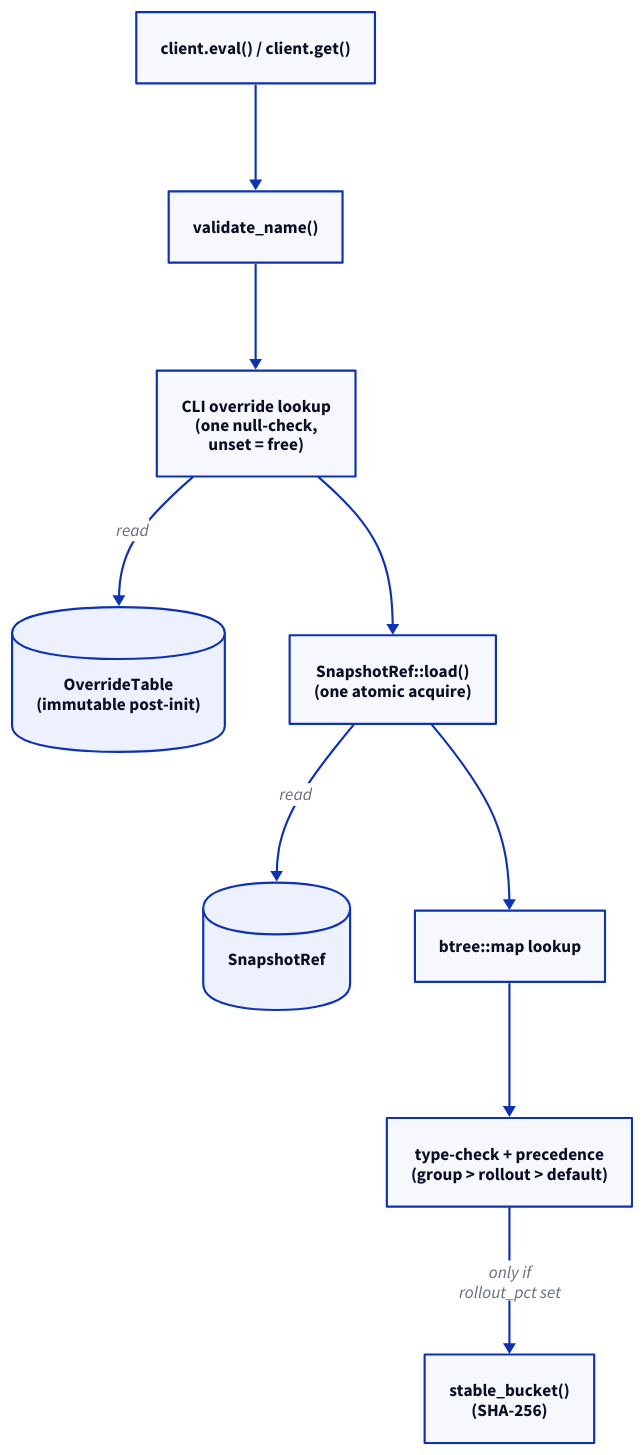
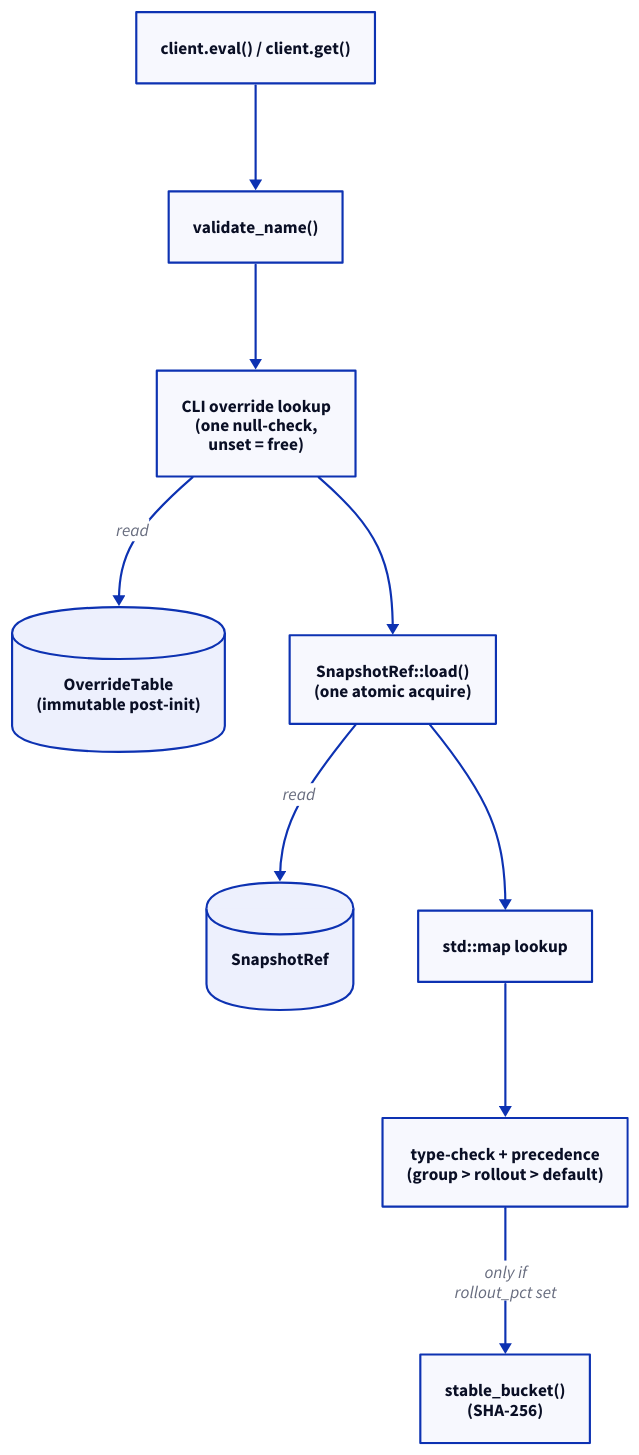
The diagram in diagrams/04_read_path.d2 (Kronuz/Detent), drawn with D2 before and after one commit. The commit also changed 14 other files, not shown here.

```diff
--- a/diagrams/04_read_path.d2
+++ b/diagrams/04_read_path.d2
@@ -1,44 +1,44 @@
 # Section 6: the read path. One flow, top to bottom -- no branching
 # except the two entry points (eval/get) which converge immediately.
 direction: down
 
 app: "client.eval() / client.get()" {
   shape: rectangle
 }
 
 validate: validate_name() {
   shape: rectangle
 }
 
 override: CLI override lookup\n(one null-check,\nunset = free) {
   shape: rectangle
 }
 
 overrides_store: OverrideTable\n(immutable post-init) {
   shape: cylinder
 }
 
 load: SnapshotRef::load()\n(one atomic acquire) {
   shape: rectangle
 }
 
 snap_store: SnapshotRef {
   shape: cylinder
 }
 
-lookup: btree::map lookup {
+lookup: std::map lookup {
   shape: rectangle
 }
 
 precedence: type-check + precedence\n(group > rollout > default) {
   shape: rectangle
 }
 
 hashing: stable_bucket()\n(SHA-256) {
   shape: rectangle
 }
 
 app -> validate -> override -> load -> lookup -> precedence
 override -> overrides_store: "read"
 load -> snap_store: "read"
 precedence -> hashing: "only if\nrollout_pct set"
```
